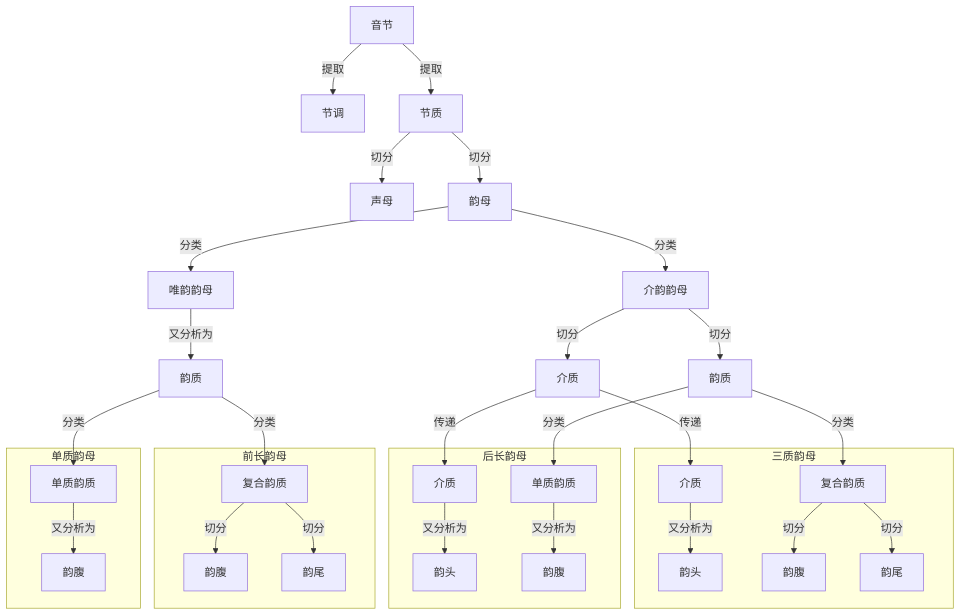
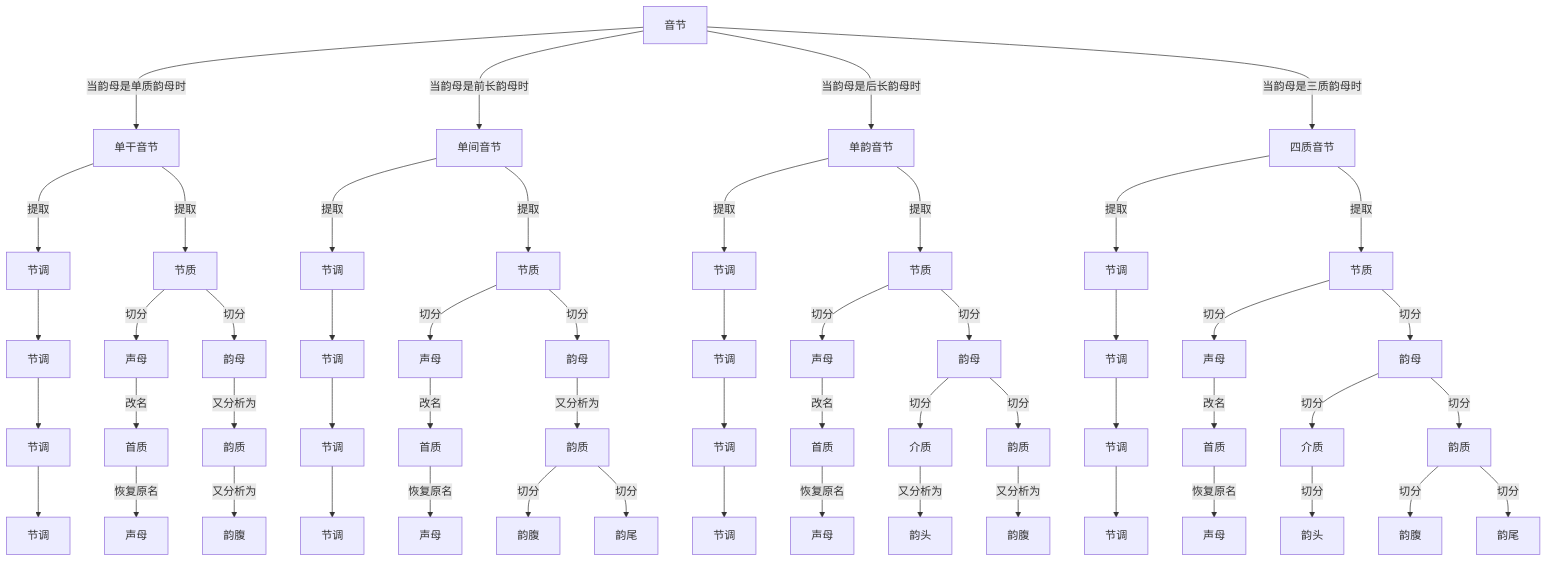
Before and after one commit to tsaanghwang/Yime-prototype: the diagram in YIME_Theory/flowchart/节调质素分析.BAK.mmd, drawn with Mermaid. The commit also changed 28 other files, not shown here.

```diff
--- a/YIME_Theory/flowchart/节调质素分析.BAK.mmd
+++ b/YIME_Theory/flowchart/节调质素分析.BAK.mmd
@@ -1,32 +1,64 @@
 graph TB
-    A[音节] --> |提取|B[节调]
-    A --> |提取|C[节质]
-    C --> |切分|D[声母]
-    C --> |切分|E[韵母]
-    E --> |分类|F[唯韵韵母]
-    E --> |分类|G[介韵韵母]
-    F --> |又分析为|H[韵质]
-    G --> |切分|I[介质]
-    G --> |切分|J[韵质]
-    H --> |分类|K[单质韵质]
-    H --> |分类|L[复合韵质]
-    J --> |分类|M[单质韵质]
-    J --> |分类|N[复合韵质]
-    I --> |传递|O[介质]
-    I --> |传递|P[介质]
-    subgraph 三质韵母[三质韵母]
-        P --> |又分析为|Q[韵头]
-        N --> |切分|R[韵腹]
-        N --> |切分|S[韵尾]
-    end
-    subgraph 前长韵母[后长韵母]
-        O --> |又分析为|T[韵头]
-        M --> |又分析为|U[韵腹]
-    end
-    subgraph 后长韵母[前长韵母]
-        L --> |切分|V[韵腹]
-        L --> |切分|W[韵尾]
-    end
-    subgraph 单质韵母[单质韵母]
-        K --> |又分析为|X[韵腹]
-    end
+    A[音节] ---> |当韵母是单质韵母时|A1[单干音节]
+    A[音节] ---> |当韵母是前长韵母时|A2[单间音节]
+    A[音节] ---> |当韵母是后长韵母时|A3[单韵音节]
+    A[音节] ---> |当韵母是三质韵母时|A4[四质音节]
+
+    A1 ---> |提取|B1[节调]
+    A2 ---> |提取|B2[节调]
+    A3 ---> |提取|B3[节调]
+    A4 ---> |提取|B4[节调]
+
+
+    A1 ---> |提取|C1[节质]
+    A2 ---> |提取|C2[节质]
+    A3 ---> |提取|C3[节质]
+    A4 ---> |提取|C4[节质]
+
+    C1 --> |切分|D1[声母]
+    C2 --> |切分|D2[声母]
+    C3 --> |切分|D3[声母]
+    C4 --> |切分|D4[声母]
+
+    C1 --> |切分|E1[韵母]
+    C2 --> |切分|E2[韵母]
+    C3 --> |切分|E3[韵母]
+    C4 --> |切分|E4[韵母]
+
+    B1 --> F1[节调]
+    F1 --> F2[节调]
+    F2 --> F3[节调]
+    D1 --> |改名|F4[首质]
+    F4 --> |恢复原名|F5[声母]
+    E1 --> |又分析为|F6[韵质]
+    F6 --> |又分析为|F7[韵腹]
+
+    B2 --> G1[节调]
+    G1 --> G2[节调]
+    G2 --> G3[节调]
+    D2 --> |改名|G4[首质]
+    G4 --> |恢复原名|G5[声母]
+    E2 --> |又分析为|G6[韵质]
+    G6 --> |切分|G7[韵腹]
+    G6 --> |切分|G8[韵尾]
+
+    B3 --> H1[节调]
+    H1 --> H2[节调]
+    H2 --> H3[节调]
+    D3 --> |改名|H4[首质]
+    H4 --> |恢复原名|H5[声母]
+    E3 --> |切分|H6[介质]
+    E3 --> |切分|H7[韵质]
+    H6 --> |又分析为|H8[韵头]
+    H7 --> |又分析为|H9[韵腹]
+
+    B4 --> I0[节调]
+    I0 --> I1[节调]
+    I1 --> I2[节调]
+    D4 --> |改名|I3[首质]
+    I3 --> |恢复原名|I4[声母]
+    E4 --> |切分|I5[介质]
+    E4 --> |切分|I6[韵质]
+    I5 --> |切分|I7[韵头]
+    I6 --> |切分|I8[韵腹]
+    I6 --> |切分|I9[韵尾]
```
